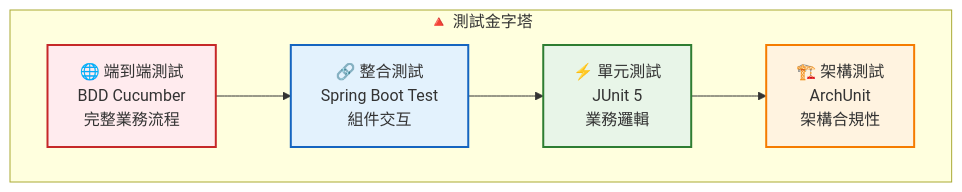
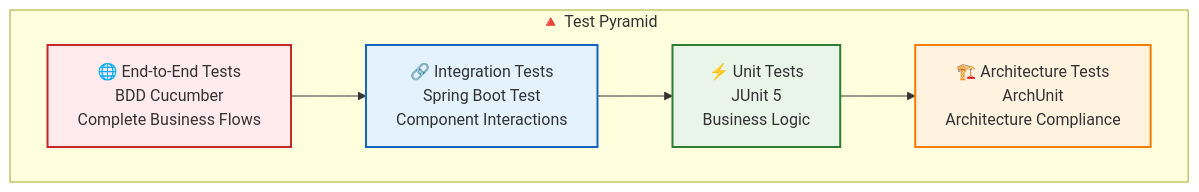
The third of 3 diagrams in docs/en/reports/project-summary-2025.md (humank/genai-demo), drawn with Mermaid before and after one commit. The commit also changed other lines of this file and 144 other files, not shown here.

````diff
--- a/docs/en/reports/project-summary-2025.md
+++ b/docs/en/reports/project-summary-2025.md
@@ -186,23 +184,23 @@
 ```mermaid
 graph TB
-    subgraph "🔺 測試金字塔"
-        E2E[🌐 端到端測試<br/>BDD Cucumber<br/>完整業務流程]
-        INT[🔗 整合測試<br/>Spring Boot Test<br/>組件交互]
-        UNIT[⚡ 單元測試<br/>JUnit 5<br/>業務邏輯]
-        ARCH[🏗️ 架構測試<br/>ArchUnit<br/>架構合規性]
+    subgraph "🔺 Test Pyramid"
+        E2E[🌐 End-to-End Tests<br/>BDD Cucumber<br/>Complete Business Flows]
+        INT[🔗 Integration Tests<br/>Spring Boot Test<br/>Component Interactions]
+        UNIT[⚡ Unit Tests<br/>JUnit 5<br/>Business Logic]
+        ARCH[🏗️ Architecture Tests<br/>ArchUnit<br/>Architecture Compliance]
     end
     
     E2E --> INT
     INT --> UNIT
     UNIT --> ARCH
     
     classDef e2e fill:#ffebee,stroke:#c62828,stroke-width:2px
     classDef integration fill:#e3f2fd,stroke:#1565c0,stroke-width:2px
     classDef unit fill:#e8f5e8,stroke:#2e7d32,stroke-width:2px
     classDef architecture fill:#fff3e0,stroke:#f57c00,stroke-width:2px
     
     class E2E e2e
     class INT integration
     class UNIT unit
     class ARCH architecture
 ```
````
